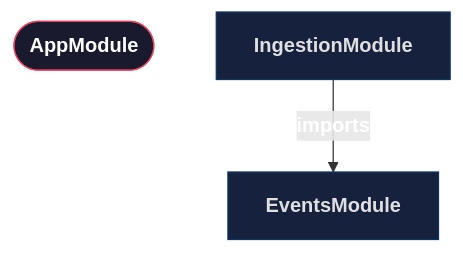
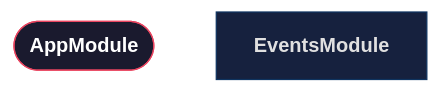
One commit to Phastboy/campuspulse changed the first of 3 diagrams in docs/architecture.md. Above: the diagram before and after it, drawn with Mermaid. The commit also changed other lines of this file, not shown here.

First line of the commit message:
docs(architecture): update diagrams with consolidated event module structure

````diff
--- a/docs/architecture.md
+++ b/docs/architecture.md
@@ -12,16 +12,13 @@
 ```mermaid
 graph TD
   %% NestJS module imports — framework modules omitted for clarity
 
   AppModule([AppModule])
   EventsModule[EventsModule]
-  IngestionModule[IngestionModule]
 
-  IngestionModule -->|imports| EventsModule
 
   classDef root    fill:#1a1a2e,stroke:#e94560,color:#fff,font-weight:bold
   classDef feature fill:#16213e,stroke:#0f3460,color:#e0e0e0
   class AppModule root
   class EventsModule feature
-  class IngestionModule feature
 ```
````
